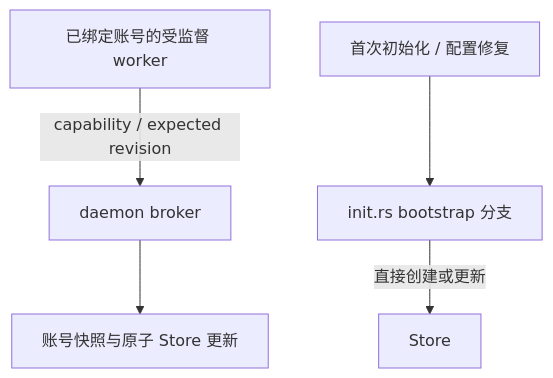
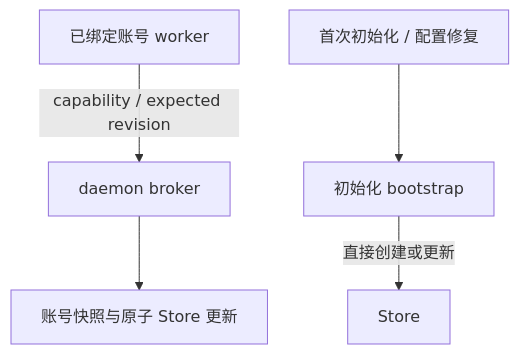
The second of 2 diagrams in implementation/architecture.md (leyan2174/wx-workbench-docs), drawn with Mermaid before and after one commit. The commit also changed other lines of this file and 13 other files, not shown here.

````diff
--- a/implementation/architecture.md
+++ b/implementation/architecture.md
@@ -43,7 +47,7 @@
 ```mermaid
 flowchart TB
-    A[已绑定账号的受监督 worker] -->|capability / expected revision| B[daemon broker]
+    A[已绑定账号 worker] -->|capability / expected revision| B[daemon broker]
     B --> C[账号快照与原子 Store 更新]
-    D[首次初始化 / 配置修复] --> E[init.rs bootstrap 分支]
+    D[首次初始化 / 配置修复] --> E[初始化 bootstrap]
     E -->|直接创建或更新| F[Store]
 ```
````
